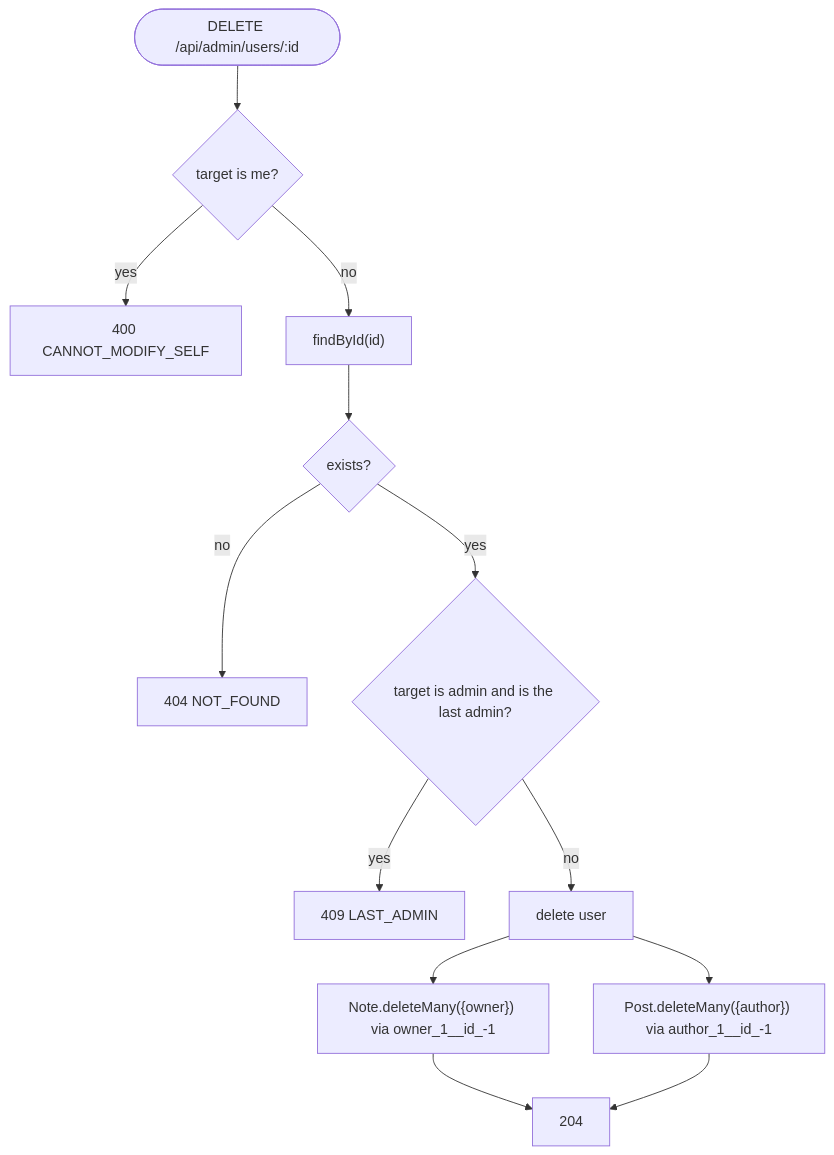
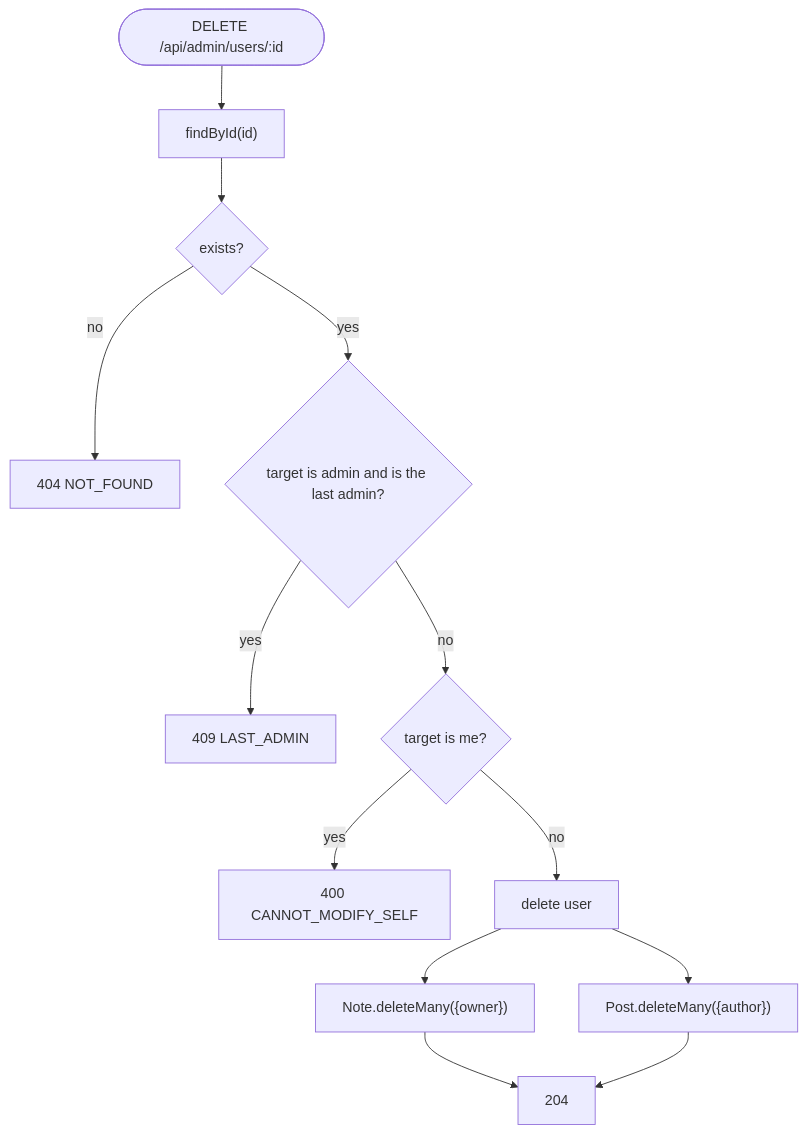
Before and after one commit to rimi-1234/note-taking-: the diagram in docs/feature/milestone-4-user-management/module-1-admin-users/overview.md, drawn with Mermaid. The commit also changed other lines of this file and 8 other files, not shown here.

Commit message:
M4/module-1: admin users CRUD with guards and cascade delete

````diff
--- a/docs/feature/milestone-4-user-management/module-1-admin-users/overview.md
+++ b/docs/feature/milestone-4-user-management/module-1-admin-users/overview.md
@@ -19,15 +19,15 @@
 ```mermaid
 flowchart TD
-    D(["DELETE /api/admin/users/:id"]) --> S{"target is me?"}
-    S -- yes --> E1["400 CANNOT_MODIFY_SELF"]
-    S -- no --> F["findById(id)"]
+    D(["DELETE /api/admin/users/:id"]) --> F["findById(id)"]
     F --> X{"exists?"}
     X -- no --> E404["404 NOT_FOUND"]
     X -- yes --> A{"target is admin and is the last admin?"}
     A -- yes --> E2["409 LAST_ADMIN"]
-    A -- no --> DEL["delete user"]
-    DEL --> N["Note.deleteMany({owner}) via owner_1__id_-1"]
-    DEL --> P["Post.deleteMany({author}) via author_1__id_-1"]
+    A -- no --> S{"target is me?"}
+    S -- yes --> E1["400 CANNOT_MODIFY_SELF"]
+    S -- no --> DEL["delete user"]
+    DEL --> N["Note.deleteMany({owner})"]
+    DEL --> P["Post.deleteMany({author})"]
     N --> OK["204"]
     P --> OK
 ```
````
